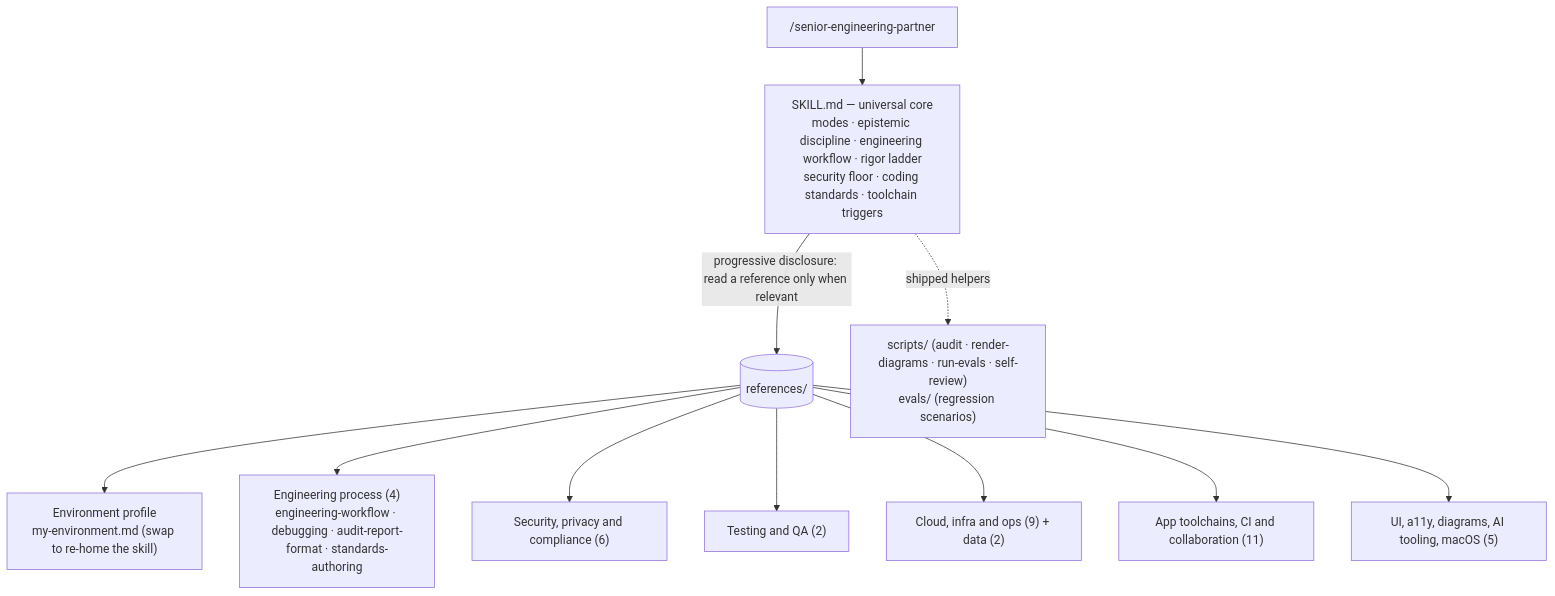
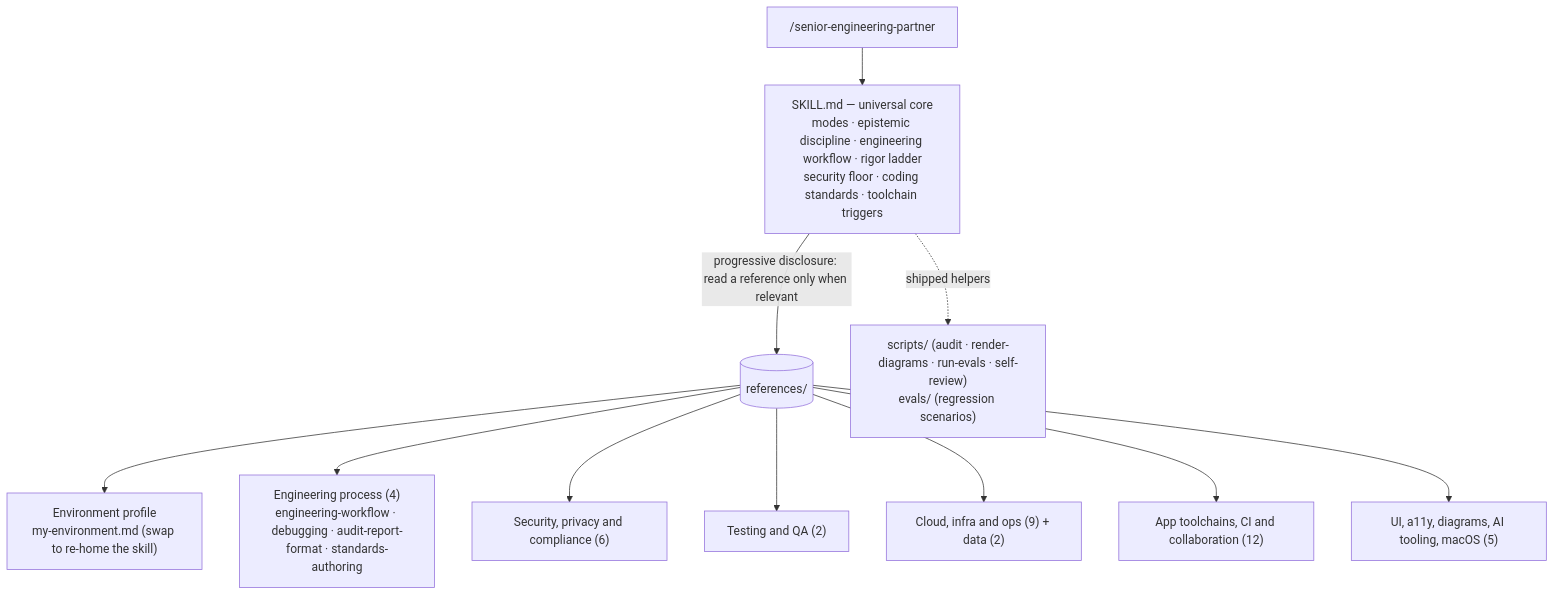
The first of 3 diagrams in README.md (bjgreenberg/senior-engineering-partner), drawn with Mermaid before and after one commit. The commit also changed other lines of this file and 3 other files, not shown here.

````diff
--- a/README.md
+++ b/README.md
@@ -81,14 +81,14 @@
 ```mermaid
 flowchart TD
     U["/senior-engineering-partner"] --> C
     C["SKILL.md — universal core<br/>modes · epistemic discipline · engineering workflow · rigor ladder<br/>security floor · coding standards · toolchain triggers"]
     C -->|"progressive disclosure: read a reference only when relevant"| R[(references/)]
     C -.->|"shipped helpers"| K["scripts/ (audit · render-diagrams · run-evals · self-review)<br/>evals/ (regression scenarios)"]
     R --> P["Environment profile<br/>my-environment.md (swap to re-home the skill)"]
     R --> W["Engineering process (4)<br/>engineering-workflow · debugging · audit-report-format · standards-authoring"]
     R --> S["Security, privacy and compliance (6)"]
     R --> T["Testing and QA (2)"]
     R --> I["Cloud, infra and ops (9) + data (2)"]
-    R --> A["App toolchains, CI and collaboration (11)"]
+    R --> A["App toolchains, CI and collaboration (12)"]
     R --> X["UI, a11y, diagrams, AI tooling, macOS (5)"]
 ```
````
